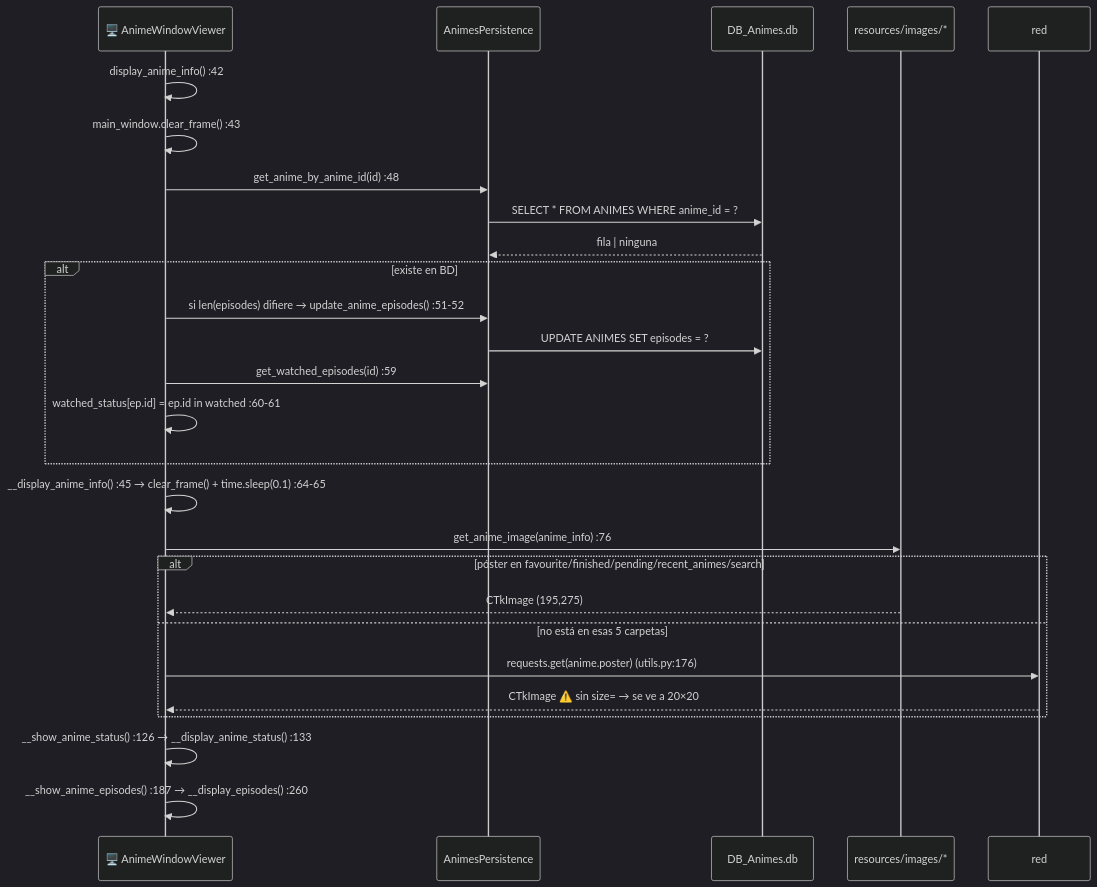
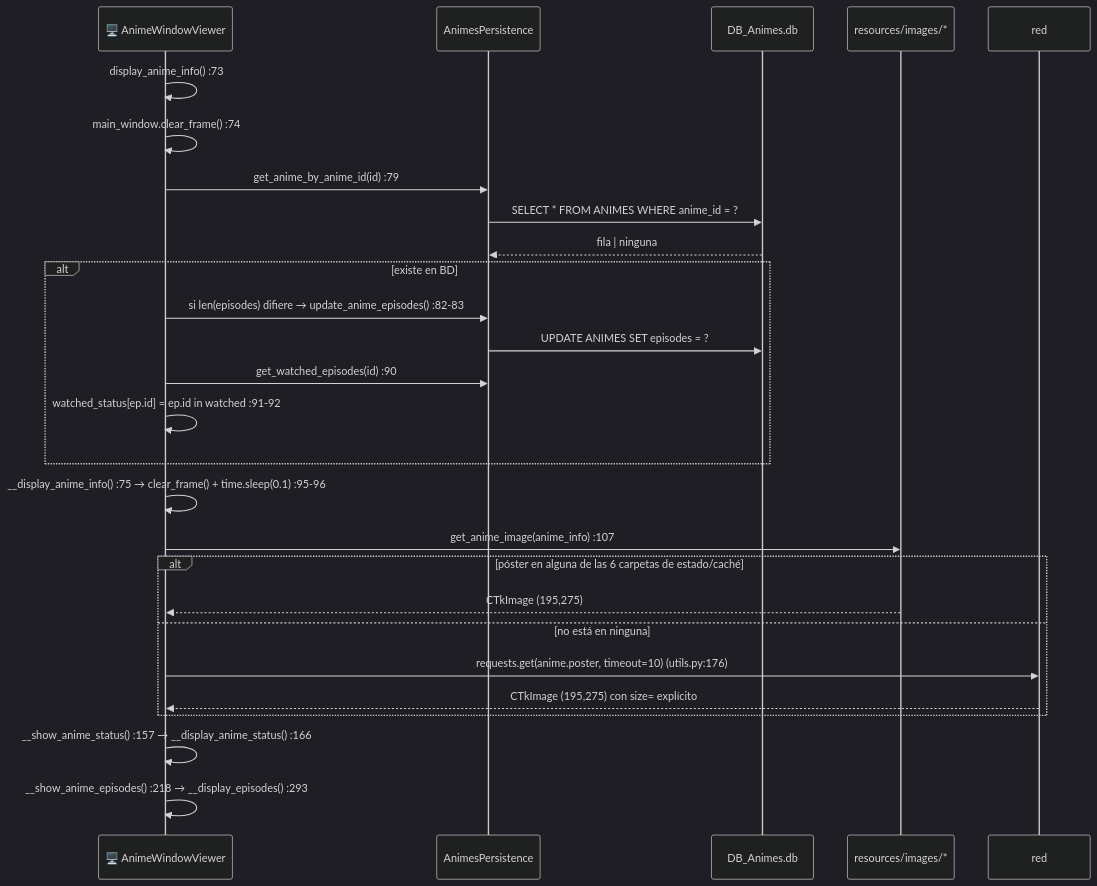
The fourth of 10 diagrams in .claude/docs/03-flujos-de-ejecucion.md (DavidEscri/BibliotecaAnime), drawn with Mermaid (dark theme) before and after one commit. The commit also changed other lines of this file and 12 other files, not shown here.

````diff
--- a/.claude/docs/03-flujos-de-ejecucion.md
+++ b/.claude/docs/03-flujos-de-ejecucion.md
@@ -141,30 +161,30 @@
 ```mermaid
 sequenceDiagram
     participant AW as 🖥️ AnimeWindowViewer
     participant P as AnimesPersistence
     participant DB as DB_Animes.db
     participant FS as resources/images/*
     participant NET as red
 
-    AW->>AW: display_anime_info() :42
-    AW->>AW: main_window.clear_frame() :43
-    AW->>P: get_anime_by_anime_id(id) :48
+    AW->>AW: display_anime_info() :73
+    AW->>AW: main_window.clear_frame() :74
+    AW->>P: get_anime_by_anime_id(id) :79
     P->>DB: SELECT * FROM ANIMES WHERE anime_id = ?
     DB-->>P: fila | ninguna
     alt existe en BD
-        AW->>P: si len(episodes) difiere → update_anime_episodes() :51-52
+        AW->>P: si len(episodes) difiere → update_anime_episodes() :82-83
         P->>DB: UPDATE ANIMES SET episodes = ?
-        AW->>P: get_watched_episodes(id) :59
-        AW->>AW: watched_status[ep.id] = ep.id in watched :60-61
+        AW->>P: get_watched_episodes(id) :90
+        AW->>AW: watched_status[ep.id] = ep.id in watched :91-92
     end
-    AW->>AW: __display_anime_info() :45 → clear_frame() + time.sleep(0.1) :64-65
-    AW->>FS: get_anime_image(anime_info) :76
-    alt póster en favourite/finished/pending/recent_animes/search
+    AW->>AW: __display_anime_info() :75 → clear_frame() + time.sleep(0.1) :95-96
+    AW->>FS: get_anime_image(anime_info) :107
+    alt póster en alguna de las 6 carpetas de estado/caché
         FS-->>AW: CTkImage (195,275)
-    else no está en esas 5 carpetas
-        AW->>NET: requests.get(anime.poster) (utils.py:176)
-        NET-->>AW: CTkImage ⚠️ sin size= → se ve a 20×20
+    else no está en ninguna
+        AW->>NET: requests.get(anime.poster, timeout=10) (utils.py:176)
+        NET-->>AW: CTkImage (195,275) con size= explícito
     end
-    AW->>AW: __show_anime_status() :126 → __display_anime_status() :133
-    AW->>AW: __show_anime_episodes() :187 → __display_episodes() :260
+    AW->>AW: __show_anime_status() :157 → __display_anime_status() :166
+    AW->>AW: __show_anime_episodes() :218 → __display_episodes() :293
 ```
````
